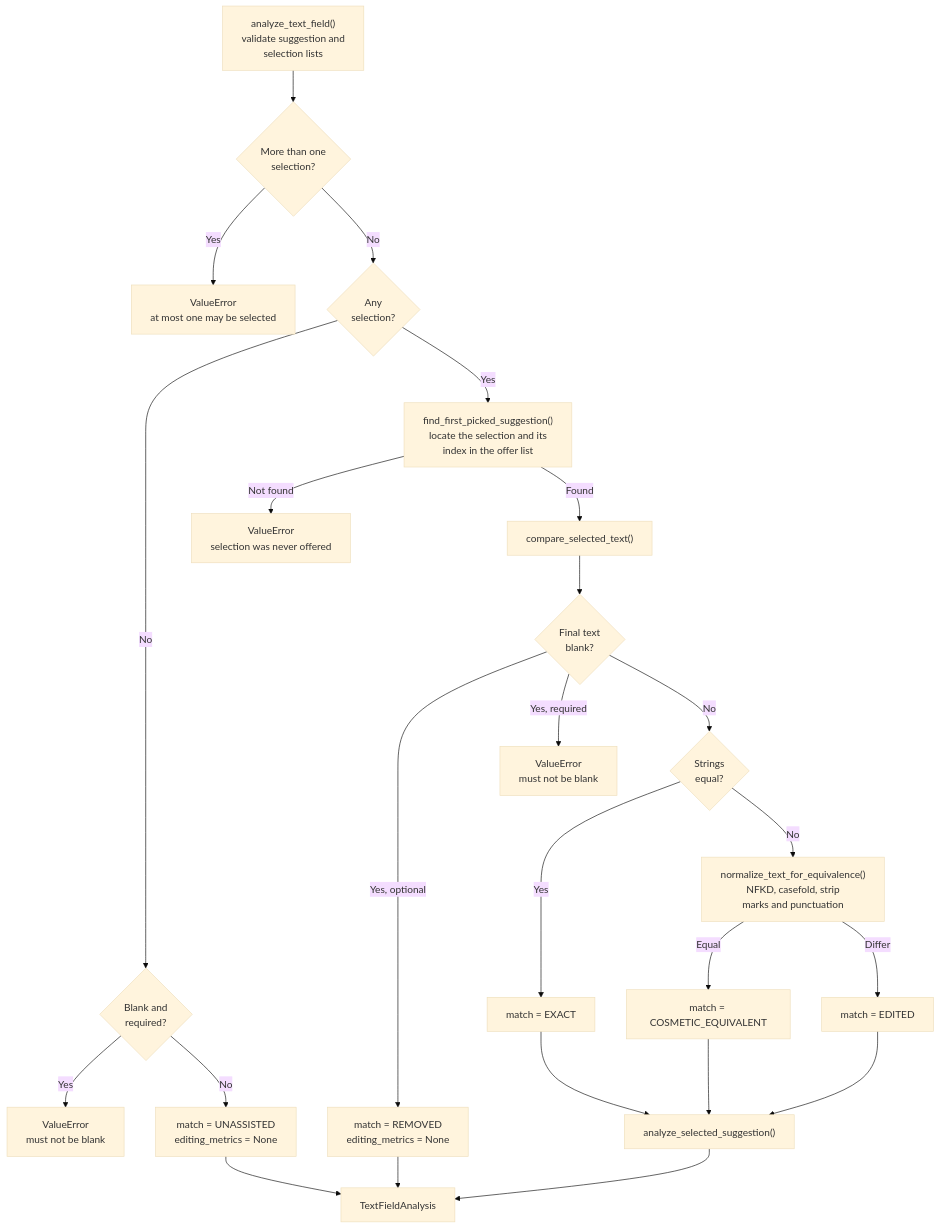
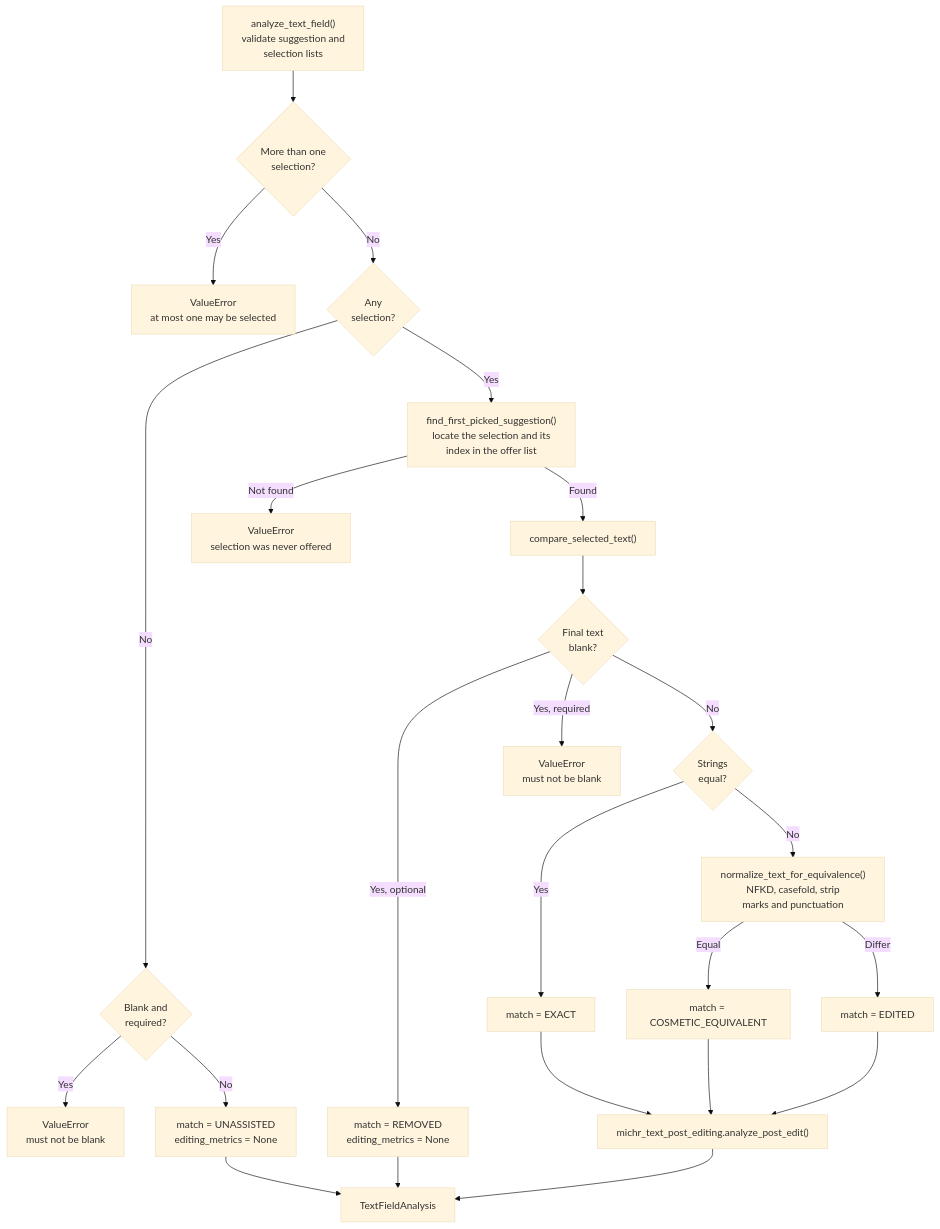
The fourth of 8 diagrams in packages/study-posting-ai-analysis/docs/program-flow.md (umich-michr/michr-scripts), drawn with Mermaid (base theme) before and after one commit. The commit also changed other lines of this file and 3 other files, not shown here.

Commit message:
refactor(metrics): extract reusable post-editing analysis

````diff
--- a/packages/study-posting-ai-analysis/docs/program-flow.md
+++ b/packages/study-posting-ai-analysis/docs/program-flow.md
@@ -119,36 +119,36 @@
 ```mermaid
 flowchart TB
     START["analyze_text_field()<br/>validate suggestion and<br/>selection lists"]
     MULTI{"More than one<br/>selection?"}
 
     START --> MULTI
     MULTI -->|Yes| E_MULTI["ValueError<br/>at most one may be selected"]
     MULTI -->|No| SELECTED{"Any<br/>selection?"}
 
     SELECTED -->|No| REQ{"Blank and<br/>required?"}
     REQ -->|Yes| E_BLANK["ValueError<br/>must not be blank"]
     REQ -->|No| UNASSISTED["match = UNASSISTED<br/>editing_metrics = None"]
 
     SELECTED -->|Yes| FIND["find_first_picked_suggestion()<br/>locate the selection and its<br/>index in the offer list"]
     FIND -->|Not found| E_OFFER["ValueError<br/>selection was never offered"]
     FIND -->|Found| COMPARE["compare_selected_text()"]
 
     COMPARE --> BLANK{"Final text<br/>blank?"}
     BLANK -->|"Yes, optional"| REMOVED["match = REMOVED<br/>editing_metrics = None"]
     BLANK -->|"Yes, required"| E_REQ["ValueError<br/>must not be blank"]
     BLANK -->|No| EXACT{"Strings<br/>equal?"}
 
     EXACT -->|Yes| M_EXACT["match = EXACT"]
     EXACT -->|No| COSMETIC["normalize_text_for_equivalence()<br/>NFKD, casefold, strip<br/>marks and punctuation"]
 
     COSMETIC -->|Equal| M_COSMETIC["match = COSMETIC_EQUIVALENT"]
     COSMETIC -->|Differ| M_EDITED["match = EDITED"]
 
-    M_EXACT --> METRICS["analyze_selected_suggestion()"]
+    M_EXACT --> METRICS["michr_text_post_editing.analyze_post_edit()"]
     M_COSMETIC --> METRICS
     M_EDITED --> METRICS
 
     METRICS --> RESULT["TextFieldAnalysis"]
     UNASSISTED --> RESULT
     REMOVED --> RESULT
 ```
````
